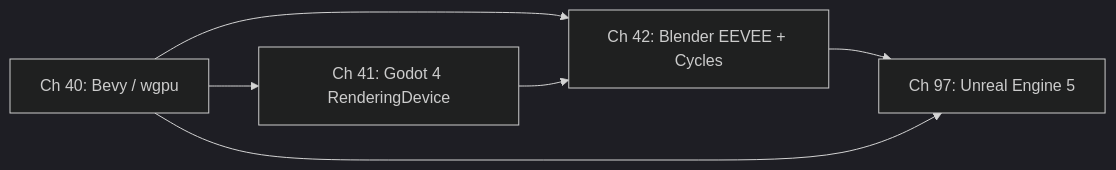
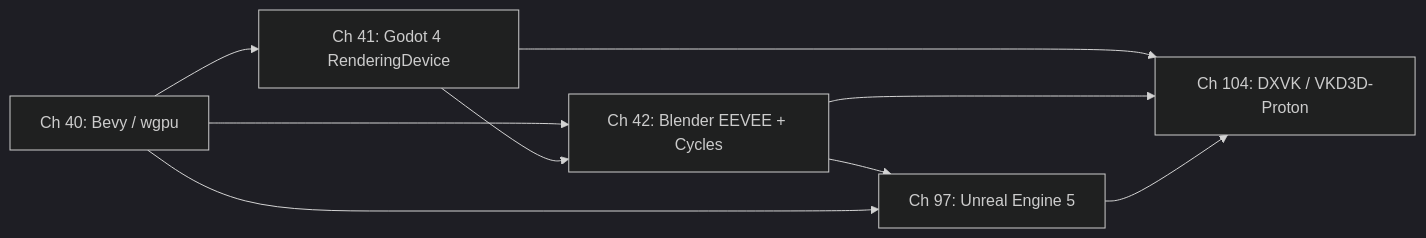
The diagram in chapters/part-11-engine-creative-tools/part-intro.md (jreuben11/linux-graphics-stack-book), drawn with Mermaid (dark theme) before and after one commit. The commit also changed other lines of this file and 12 other files, not shown here.

````diff
--- a/chapters/part-11-engine-creative-tools/part-intro.md
+++ b/chapters/part-11-engine-creative-tools/part-intro.md
@@ -27,8 +31,11 @@
 ```mermaid
 graph LR
     A[Ch 40: Bevy / wgpu] --> B[Ch 41: Godot 4 RenderingDevice]
     A --> C[Ch 42: Blender EEVEE + Cycles]
     B --> C
     C --> D[Ch 97: Unreal Engine 5]
     A --> D
+    B --> E[Ch 104: DXVK / VKD3D-Proton]
+    C --> E
+    D --> E
 ```
````
